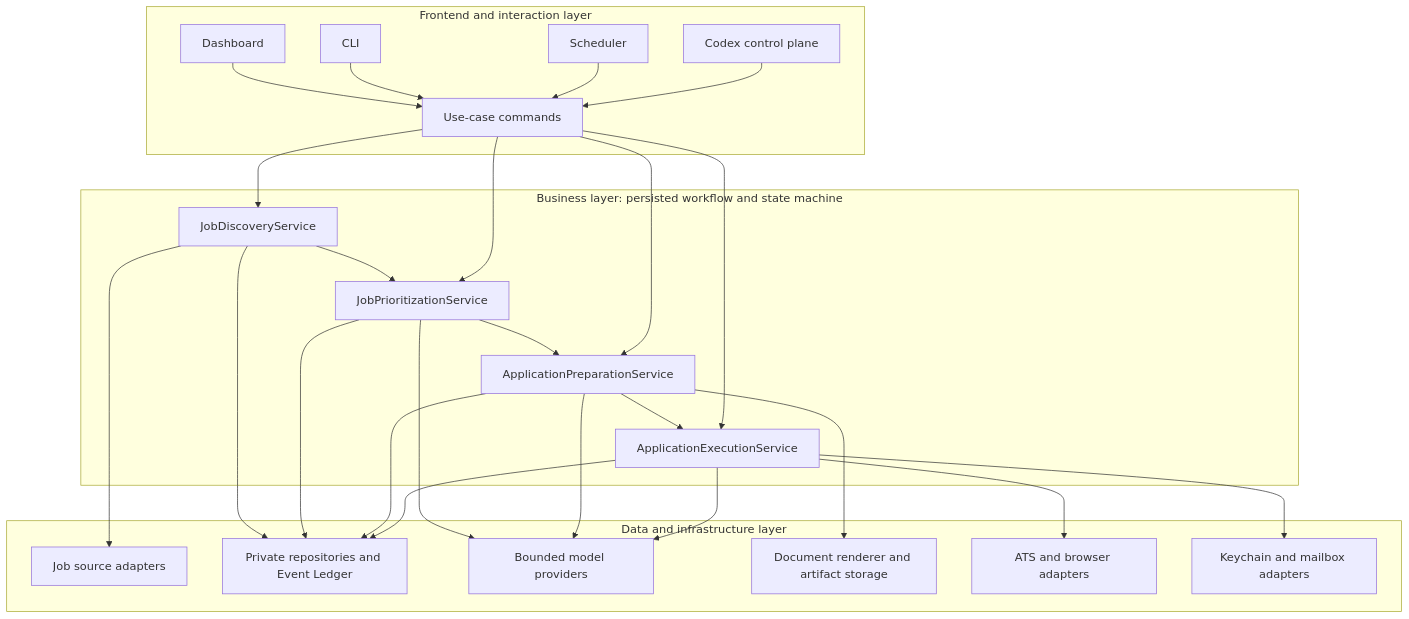
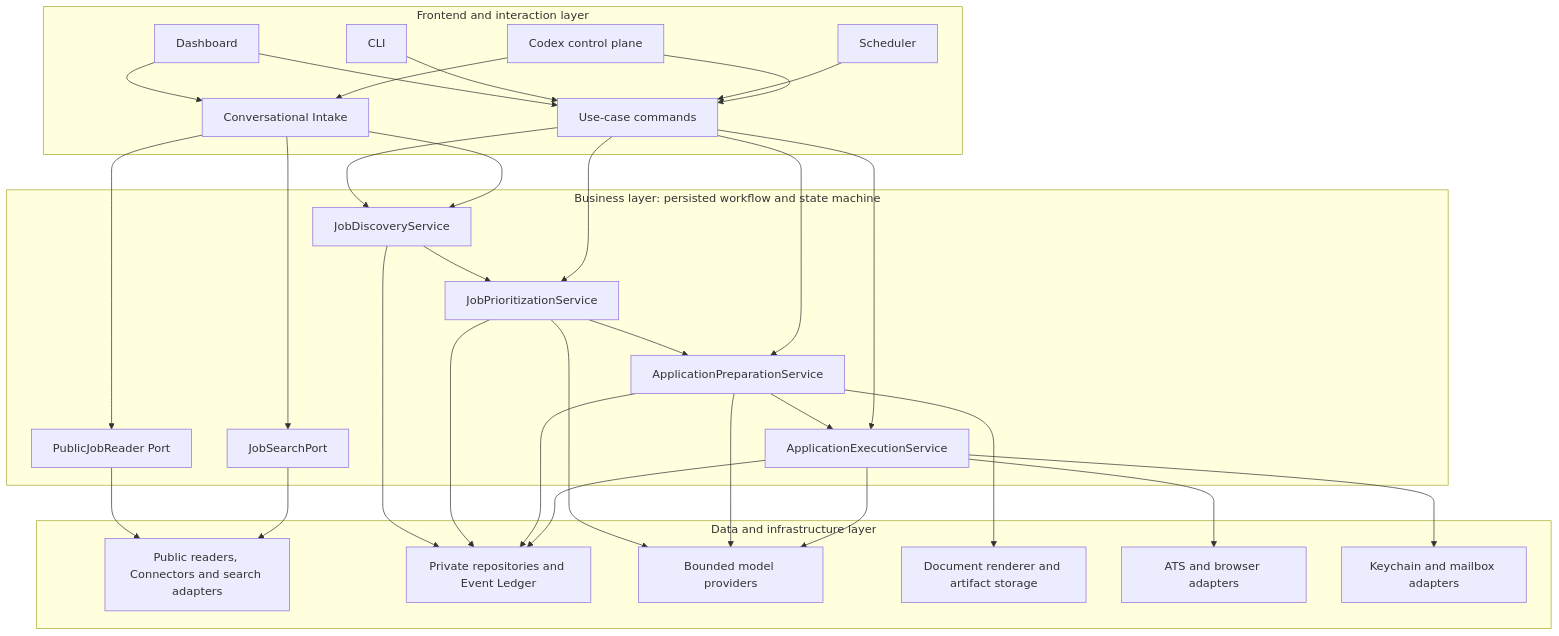
The first of 7 diagrams in development_doc/ARCHITECTURE.md (yuyao-wang/Jobops), drawn with Mermaid before and after one commit. The commit also changed other lines of this file and 41 other files, not shown here.

````diff
--- a/development_doc/ARCHITECTURE.md
+++ b/development_doc/ARCHITECTURE.md
@@ -9,49 +12,58 @@
 ```mermaid
 flowchart TB
     subgraph L1["Frontend and interaction layer"]
         UI["Dashboard"]
         CLI["CLI"]
         SCH["Scheduler"]
         CX["Codex control plane"]
+        CI["Conversational Intake"]
         CMD["Use-case commands"]
         UI --> CMD
+        UI --> CI
         CLI --> CMD
         SCH --> CMD
         CX --> CMD
+        CX --> CI
     end
 
     subgraph L2["Business layer: persisted workflow and state machine"]
         D["JobDiscoveryService"]
+        PJ["PublicJobReader Port"]
+        JS["JobSearchPort"]
         P["JobPrioritizationService"]
         M["ApplicationPreparationService"]
         E["ApplicationExecutionService"]
         D --> P
         P --> M
         M --> E
     end
 
     subgraph L3["Data and infrastructure layer"]
-        SRC["Job source adapters"]
+        SRC["Public readers, Connectors and search adapters"]
         REPO["Private repositories and Event Ledger"]
         MODEL["Bounded model providers"]
         DOC["Document renderer and artifact storage"]
         ATS["ATS and browser adapters"]
         AUTH["Keychain and mailbox adapters"]
     end
 
     CMD --> D
     CMD --> P
     CMD --> M
     CMD --> E
-    D --> SRC
+    CI --> PJ
+    CI --> JS
+    CI --> D
+    PJ --> SRC
+    JS --> SRC
     D --> REPO
     P --> MODEL
     P --> REPO
     M --> MODEL
     M --> DOC
     M --> REPO
     E --> MODEL
     E --> ATS
     E --> AUTH
     E --> REPO
 ```
````
